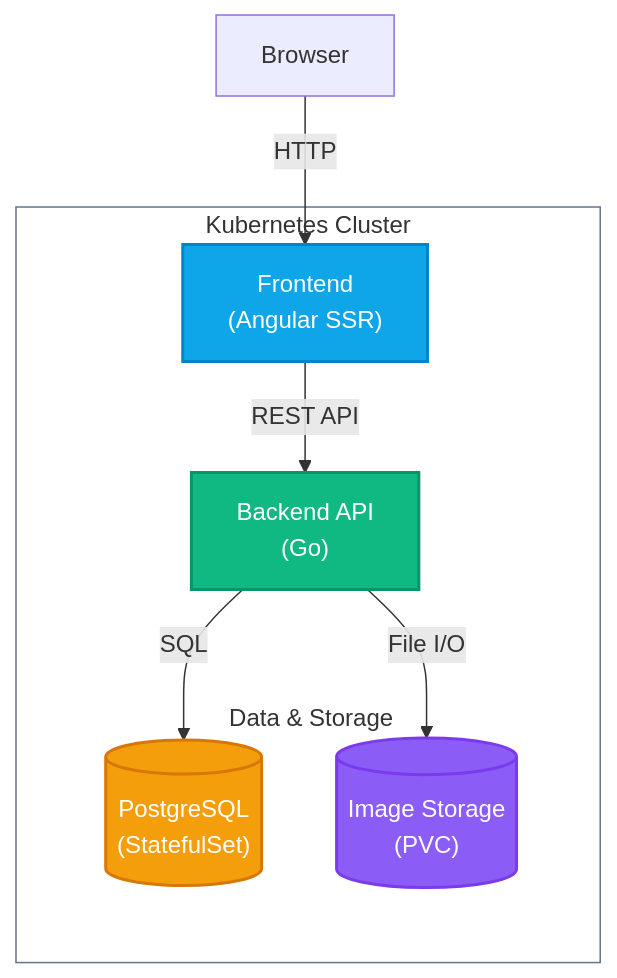
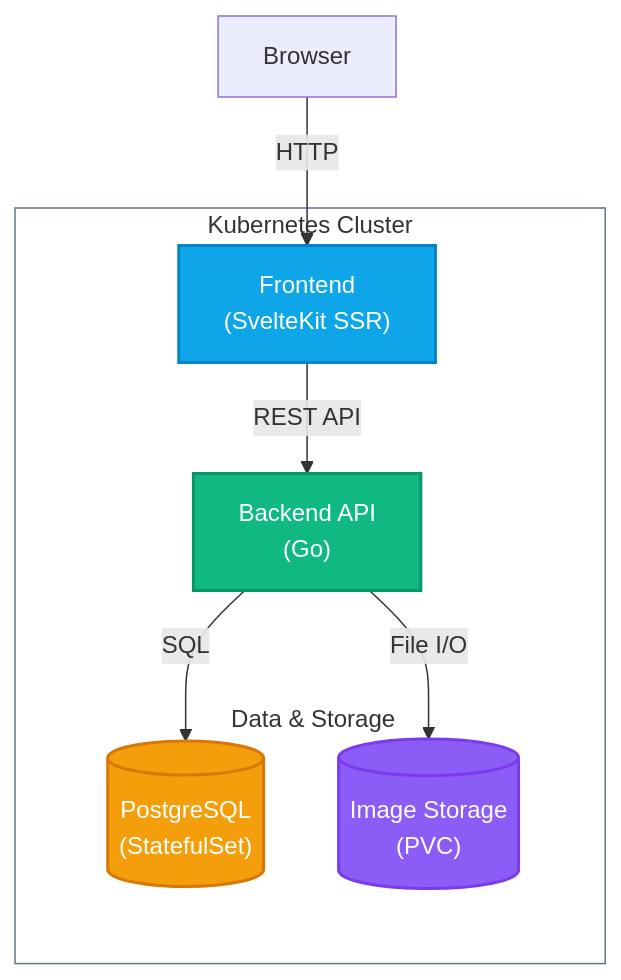
Before and after one commit to robbdimitrov/pixelgram: the diagram in README.md, drawn with Mermaid. The commit also changed other lines of this file and 6 other files, not shown here.

````diff
--- a/README.md
+++ b/README.md
@@ -18,27 +18,27 @@
 ```mermaid
 graph TD
     Browser["Browser"]
 
     subgraph cluster ["Kubernetes Cluster"]
-        Web["Frontend<br>(Angular SSR)"]:::frontend
+        Web["Frontend<br>(SvelteKit SSR)"]:::frontend
         API["Backend API<br>(Go)"]:::backend
 
         subgraph data ["Data & Storage"]
             DB[("PostgreSQL<br>(StatefulSet)")]:::database
             Vol[("Image Storage<br>(PVC)")]:::storage
         end
     end
 
     Browser -->|HTTP| Web
     Web -->|REST API| API
     API -->|SQL| DB
     API -->|File I/O| Vol
 
     classDef frontend fill:#0ea5e9,stroke:#0284c7,stroke-width:2px,color:#fff
     classDef backend fill:#10b981,stroke:#059669,stroke-width:2px,color:#fff
     classDef database fill:#f59e0b,stroke:#d97706,stroke-width:2px,color:#fff
     classDef storage fill:#8b5cf6,stroke:#7c3aed,stroke-width:2px,color:#fff
 
     style cluster fill:transparent,stroke:#64748b
     style data fill:transparent,stroke:transparent
 ```
````
